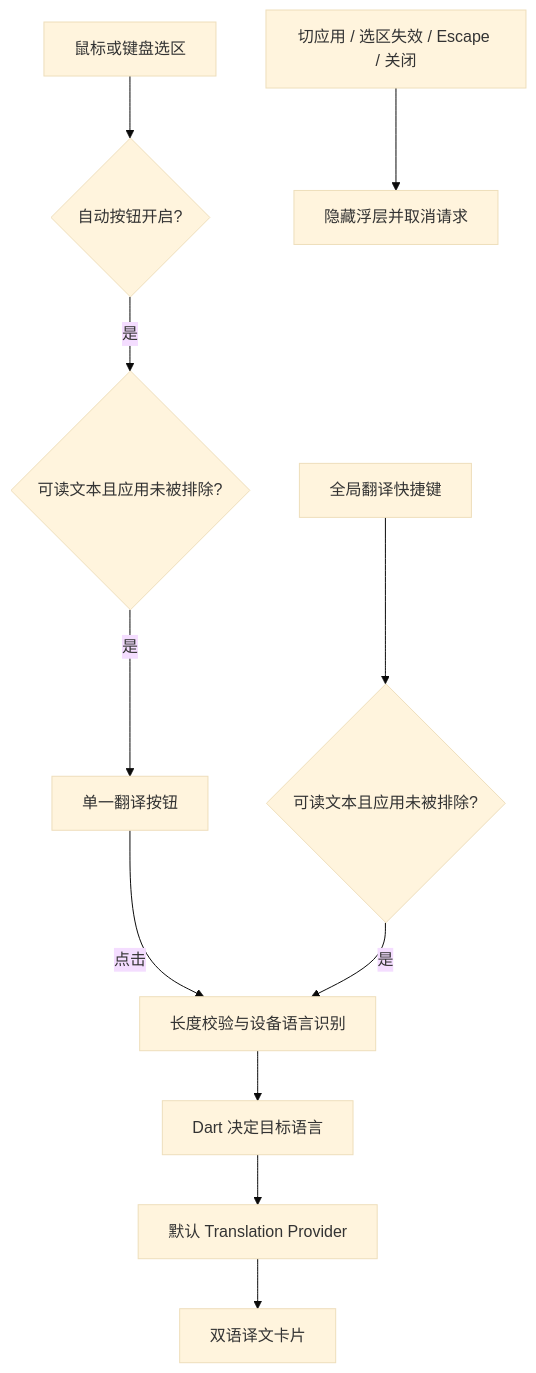
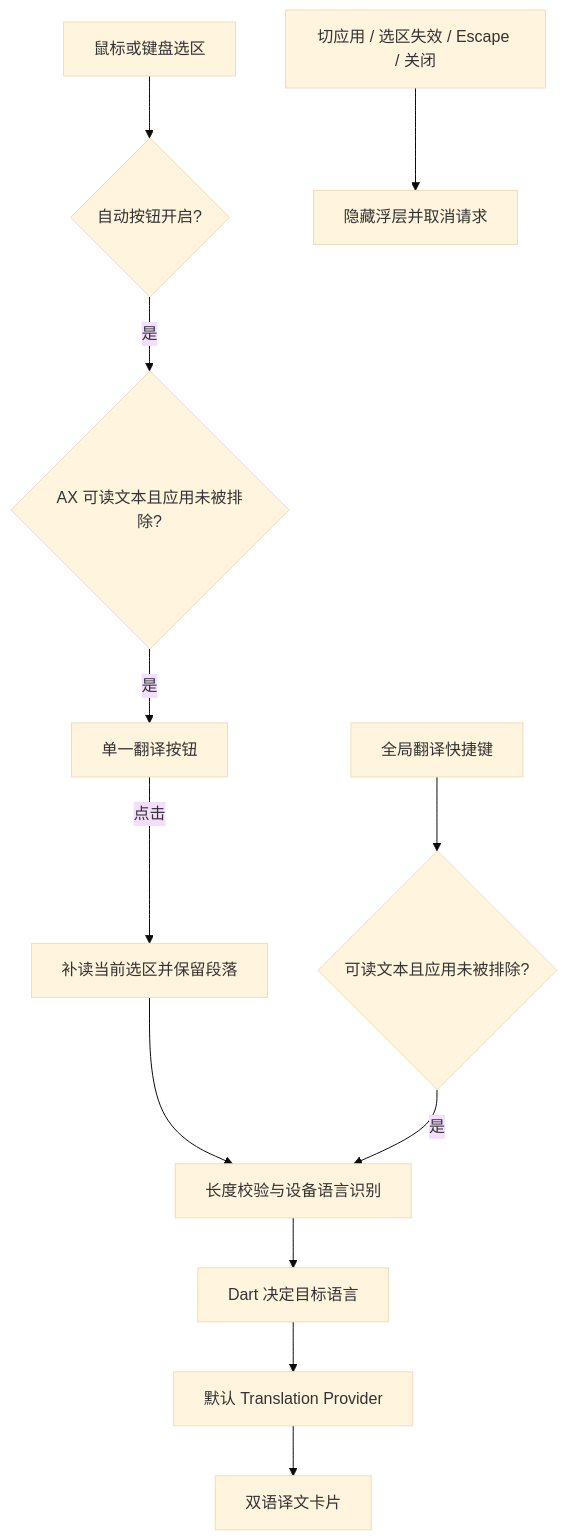
Before and after one commit to 1504101951/translateApp: the diagram in docs/architecture.md, drawn with Mermaid (base theme). The commit also changed other lines of this file and 12 other files, not shown here.

````diff
--- a/docs/architecture.md
+++ b/docs/architecture.md
@@ -15,13 +15,14 @@
 ```mermaid
 flowchart TD
     A[鼠标或键盘选区] --> B{自动按钮开启?}
-    B -- 是 --> C{可读文本且应用未被排除?}
+    B -- 是 --> C{AX 可读文本且应用未被排除?}
     C -- 是 --> D[单一翻译按钮]
-    D -- 点击 --> F[长度校验与设备语言识别]
+    D -- 点击 --> M[补读当前选区并保留段落]
+    M --> F[长度校验与设备语言识别]
     E[全局翻译快捷键] --> G{可读文本且应用未被排除?}
     G -- 是 --> F
     F --> H[Dart 决定目标语言]
     H --> I[默认 Translation Provider]
     I --> J[双语译文卡片]
     K[切应用 / 选区失效 / Escape / 关闭] --> L[隐藏浮层并取消请求]
 ```
````
